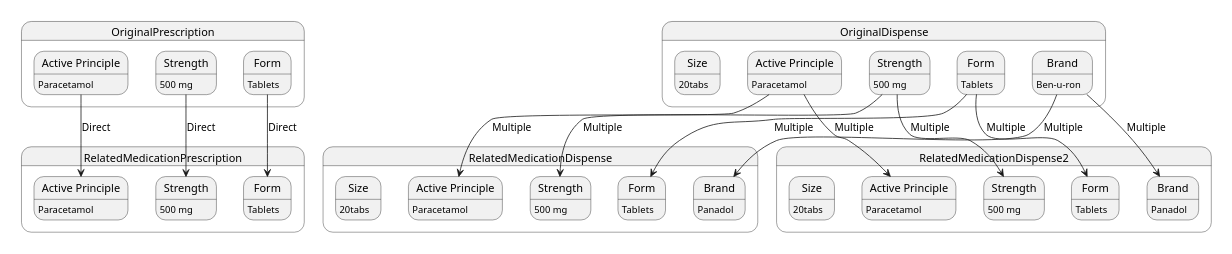
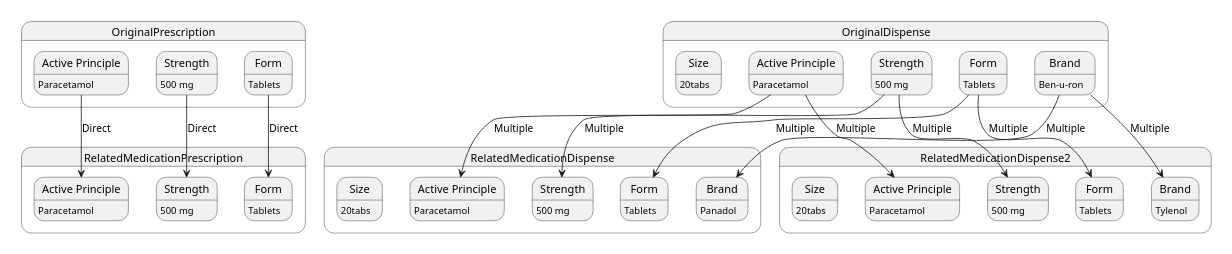
Before and after one commit to joofio/idmed: the diagram in input/images-source/usecase2.plantuml, drawn with PlantUML.

Commit message:
brand correct

```diff
--- a/input/images-source/usecase2.plantuml
+++ b/input/images-source/usecase2.plantuml
@@ -1,84 +1,84 @@
 @startuml
 scale 600 width
 
 state OriginalPrescription {
 state "Active Principle" as long1
 long1: Paracetamol
 state "Strength" as long2
 long2: 500 mg
 state "Form" as long3
 long3:  Tablets
 
 }
 
 state RelatedMedicationPrescription {
 state "Active Principle" as long4
 long4: Paracetamol
 state "Strength" as long5
 long5: 500 mg
 state "Form" as long6
 long6:  Tablets
 
 }
 long1 --> long4 : Direct
 long2 --> long5 : Direct
 long3 --> long6 : Direct
 
 state OriginalDispense {
 state "Active Principle" as a1
 a1: Paracetamol
 state "Strength" as s1
 s1: 500 mg
 state "Form" as f1
 f1:  Tablets
 state "Brand" as b1
 b1:  Ben-u-ron
 
 state "Size" as size1
 size1:  20tabs
 
 
 
 }
 
 state RelatedMedicationDispense {
 state "Active Principle" as a2
 a2: Paracetamol
 state "Strength" as s2
 s2: 500 mg
 state "Form" as f2
 f2:  Tablets
 state "Brand" as b2
 b2:  Panadol
 
 state "Size" as size2
 size2:  20tabs
 }
 
 state RelatedMedicationDispense2 {
 state "Active Principle" as a3
 a3: Paracetamol
 state "Strength" as s3
 s3: 500 mg
 state "Form" as f3
 f3:  Tablets
 state "Brand" as b3
-b3:  Panadol
+b3:  Tylenol
 
 state "Size" as size3
 size3:  20tabs
 }
 
 
 a1 --> a2 : Multiple
 s1 --> s2 : Multiple
 f1 --> f2 : Multiple
 b1 --> b2 : Multiple
 
 
 a1 --> a3 : Multiple
 s1 --> s3 : Multiple
 f1 --> f3 : Multiple
 b1 --> b3 : Multiple
 
 @enduml
```
